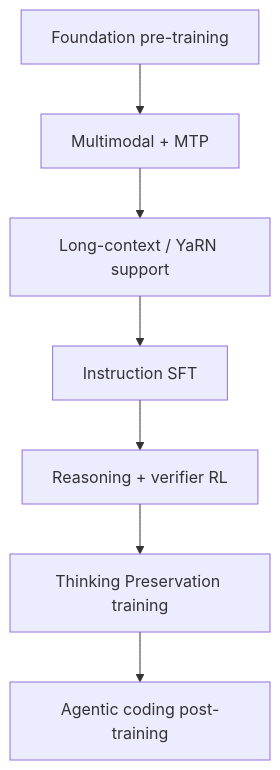
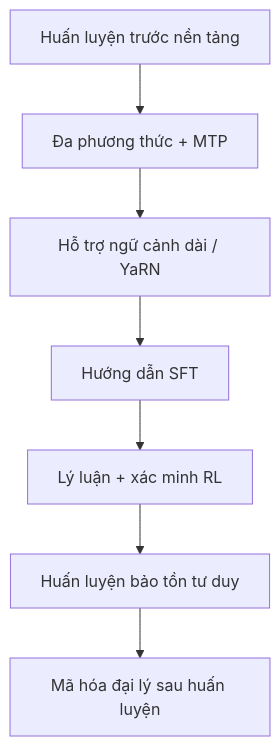
The first of 2 diagrams in docs/research_finding/01-gwen/qwen_models/Qwen3.6/training_stages.md (cycler04/VinRobotics-VLA), drawn with Mermaid before and after one commit. The commit also changed other lines of this file and 24 other files, not shown here.

````diff
--- a/docs/research_finding/01-gwen/qwen_models/Qwen3.6/training_stages.md
+++ b/docs/research_finding/01-gwen/qwen_models/Qwen3.6/training_stages.md
@@ -7,9 +7,9 @@
 ```mermaid
 flowchart TB
-  A[Foundation pre-training] --> B[Multimodal + MTP]
-  B --> C[Long-context / YaRN support]
-  C --> D[Instruction SFT]
-  D --> E[Reasoning + verifier RL]
-  E --> F[Thinking Preservation training]
-  F --> G[Agentic coding post-training]
+  A[Huấn luyện trước nền tảng] --> B[Đa phương thức + MTP]
+  B --> C[Hỗ trợ ngữ cảnh dài / YaRN]
+  C --> D[Hướng dẫn SFT]
+  D --> E[Lý luận + xác minh RL]
+  E --> F[Huấn luyện bảo tồn tư duy]
+  F --> G[Mã hóa đại lý sau huấn luyện]
 ```
````
